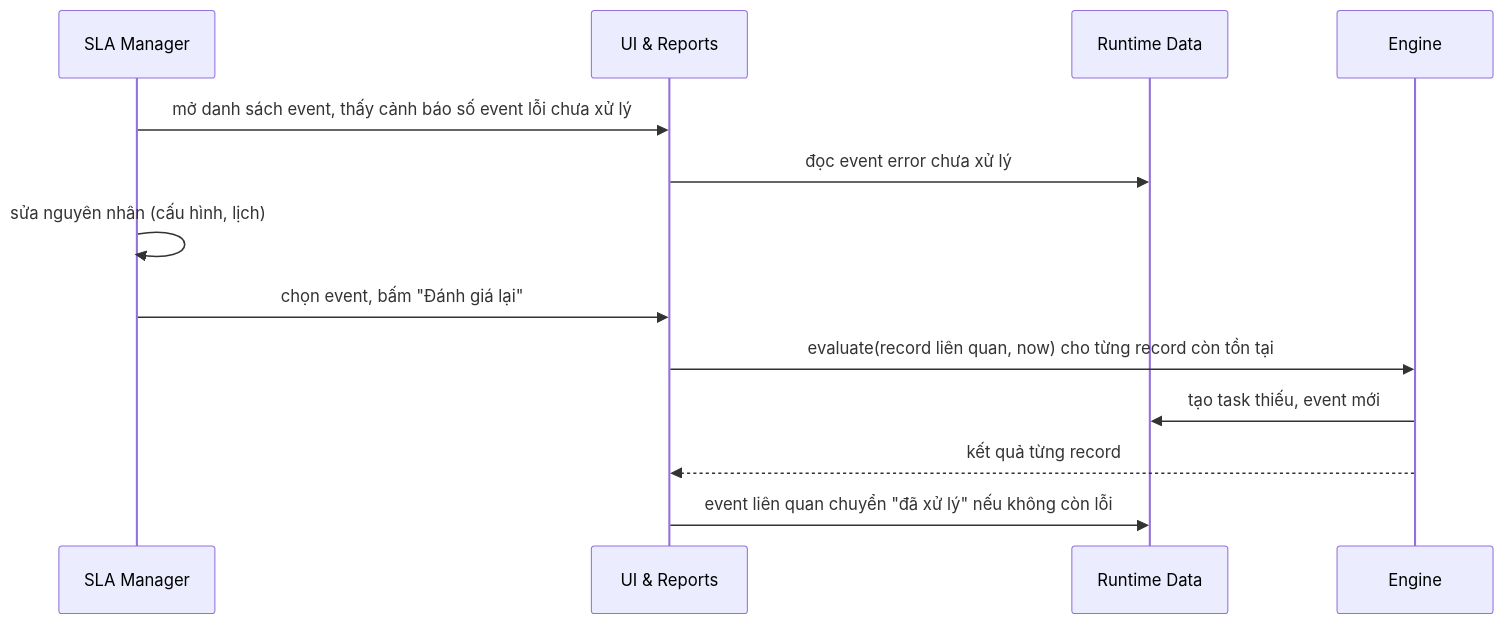
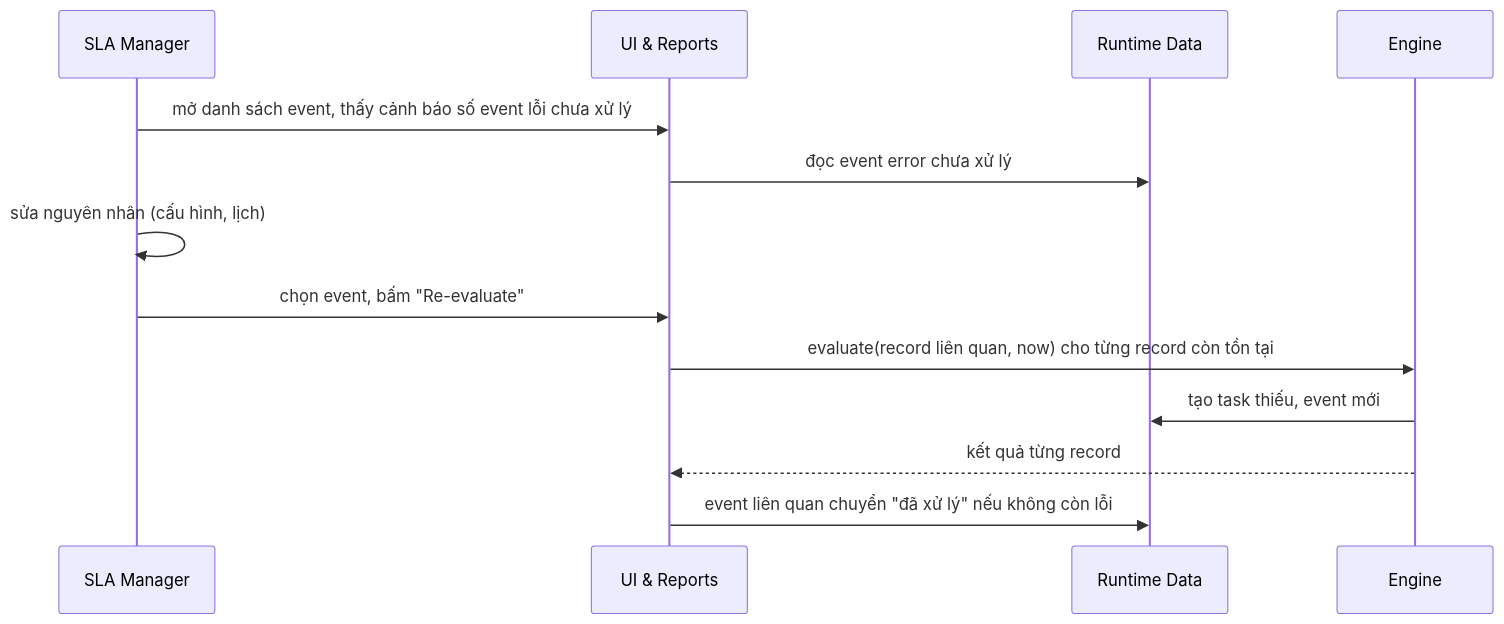
Before and after one commit to tienhieuD/odoo_custom_addons: the ninth of 10 diagrams in dwo_sla_core/docs/020_Technical-Architecture-Document.md, drawn with Mermaid. The commit also changed other lines of this file and 7 other files, not shown here.

````diff
--- a/dwo_sla_core/docs/020_Technical-Architecture-Document.md
+++ b/dwo_sla_core/docs/020_Technical-Architecture-Document.md
@@ -366,15 +386,15 @@
 ```mermaid
 sequenceDiagram
   participant M as SLA Manager
   participant UI as UI & Reports
   participant D as Runtime Data
   participant E as Engine
   M->>UI: mở danh sách event, thấy cảnh báo số event lỗi chưa xử lý
   UI->>D: đọc event error chưa xử lý
   M->>M: sửa nguyên nhân (cấu hình, lịch)
-  M->>UI: chọn event, bấm "Đánh giá lại"
+  M->>UI: chọn event, bấm "Re-evaluate"
   UI->>E: evaluate(record liên quan, now) cho từng record còn tồn tại
   E->>D: tạo task thiếu, event mới
   E-->>UI: kết quả từng record
   UI->>D: event liên quan chuyển "đã xử lý" nếu không còn lỗi
 ```
````
